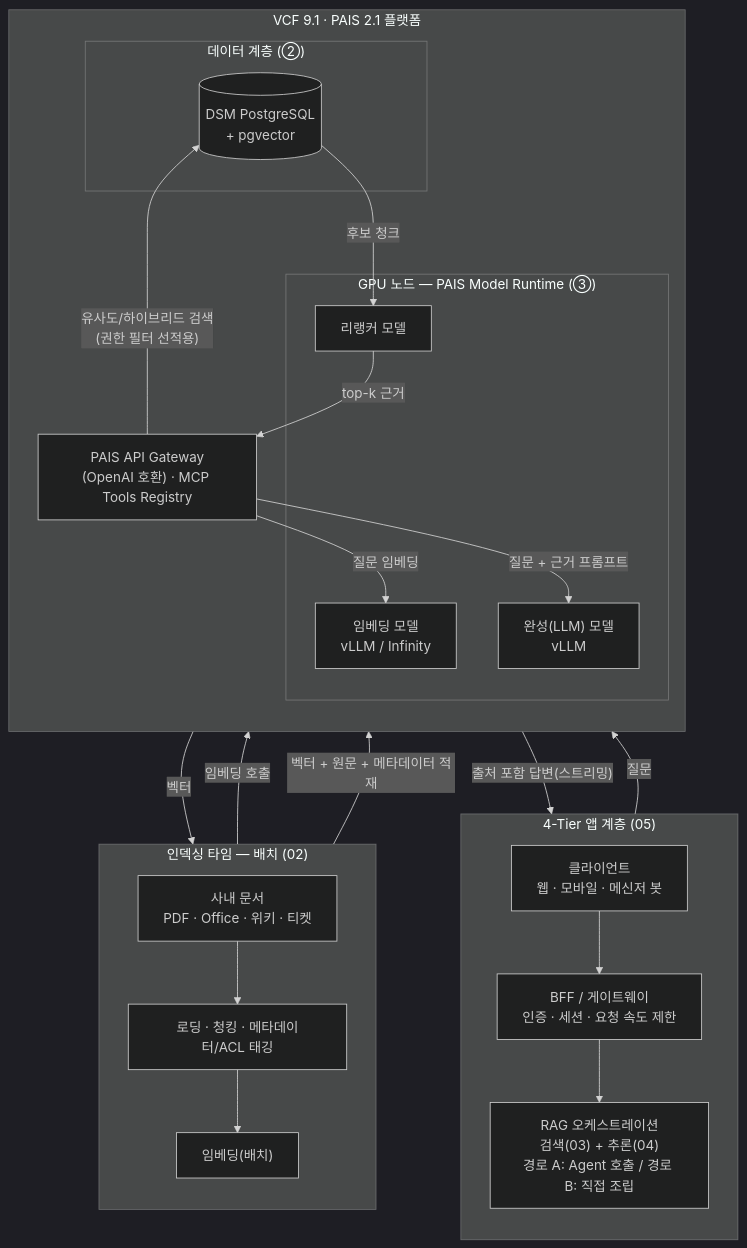
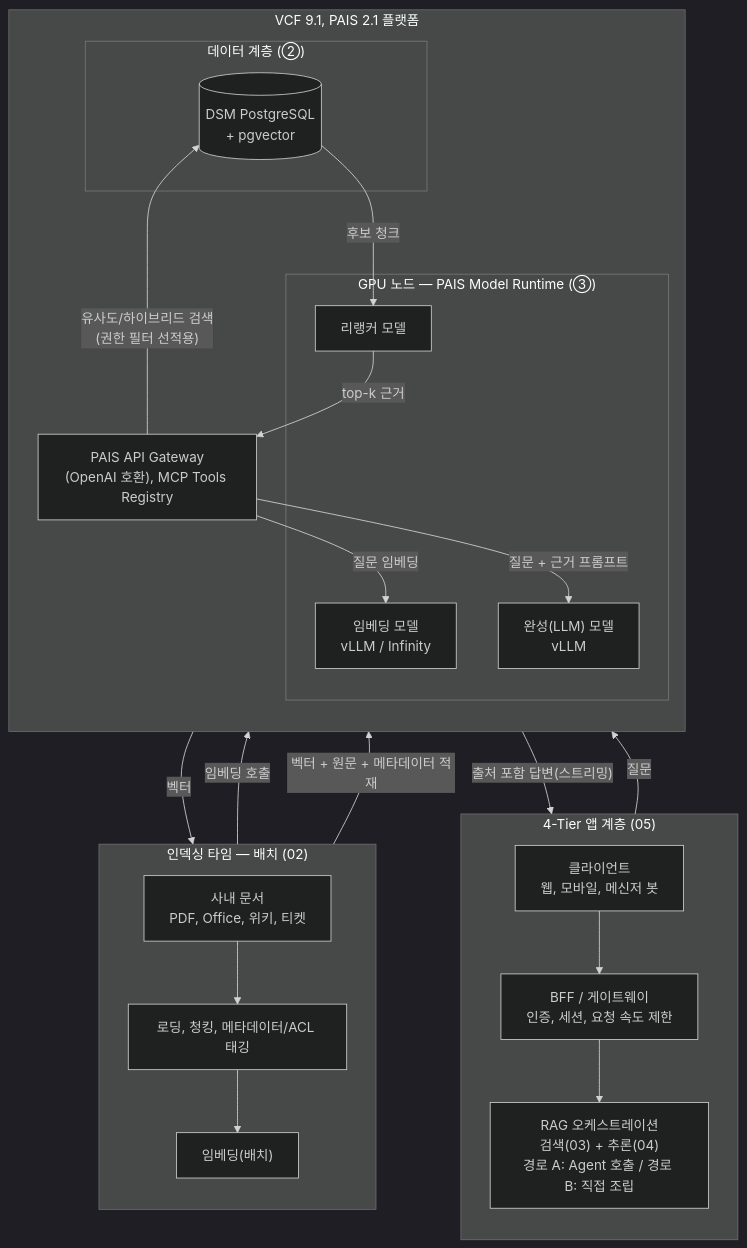
Before and after one commit to JaeHoYun/vcf-private-ai: the diagram in 04-rag/docs/01-reference-architecture.md, drawn with Mermaid (dark theme). The commit also changed other lines of this file and 92 other files, not shown here.

````diff
--- a/04-rag/docs/01-reference-architecture.md
+++ b/04-rag/docs/01-reference-architecture.md
@@ -38,45 +38,45 @@
 ```mermaid
 flowchart TB
     subgraph TIER["4-Tier 앱 계층 (05)"]
         direction TB
-        CLIENT["클라이언트<br/>웹 · 모바일 · 메신저 봇"]
-        BFF["BFF / 게이트웨이<br/>인증 · 세션 · 요청 속도 제한"]
+        CLIENT["클라이언트<br/>웹, 모바일, 메신저 봇"]
+        BFF["BFF / 게이트웨이<br/>인증, 세션, 요청 속도 제한"]
         ORCH["RAG 오케스트레이션<br/>검색(03) + 추론(04)<br/>경로 A: Agent 호출 / 경로 B: 직접 조립"]
         CLIENT --> BFF --> ORCH
     end
 
     subgraph INDEX["인덱싱 타임 — 배치 (02)"]
         direction TB
-        DOCS["사내 문서<br/>PDF · Office · 위키 · 티켓"]
-        LOAD["로딩 · 청킹 · 메타데이터/ACL 태깅"]
+        DOCS["사내 문서<br/>PDF, Office, 위키, 티켓"]
+        LOAD["로딩, 청킹, 메타데이터/ACL 태깅"]
         EMB1["임베딩(배치)"]
         DOCS --> LOAD --> EMB1
     end
 
-    subgraph PLATFORM["VCF 9.1 · PAIS 2.1 플랫폼"]
+    subgraph PLATFORM["VCF 9.1, PAIS 2.1 플랫폼"]
         direction TB
         subgraph GPU["GPU 노드 — PAIS Model Runtime (③)"]
             EMBM["임베딩 모델<br/>vLLM / Infinity"]
             RERANK["리랭커 모델"]
             LLM["완성(LLM) 모델<br/>vLLM"]
         end
         subgraph DATA["데이터 계층 (②)"]
             PG[("DSM PostgreSQL<br/>+ pgvector")]
         end
-        GW["PAIS API Gateway<br/>(OpenAI 호환) · MCP Tools Registry"]
+        GW["PAIS API Gateway<br/>(OpenAI 호환), MCP Tools Registry"]
     end
 
     %% 인덱싱 타임 데이터 흐름
     EMB1 -->|"임베딩 호출"| EMBM
     EMBM -->|"벡터"| EMB1
     EMB1 -->|"벡터 + 원문 + 메타데이터 적재"| PG
 
     %% 쿼리 타임 데이터 흐름
     ORCH -->|"질문"| GW
     GW -->|"질문 임베딩"| EMBM
     GW -->|"유사도/하이브리드 검색<br/>(권한 필터 선적용)"| PG
     PG -->|"후보 청크"| RERANK
     RERANK -->|"top-k 근거"| GW
     GW -->|"질문 + 근거 프롬프트"| LLM
     LLM -->|"출처 포함 답변(스트리밍)"| ORCH
 ```
````
